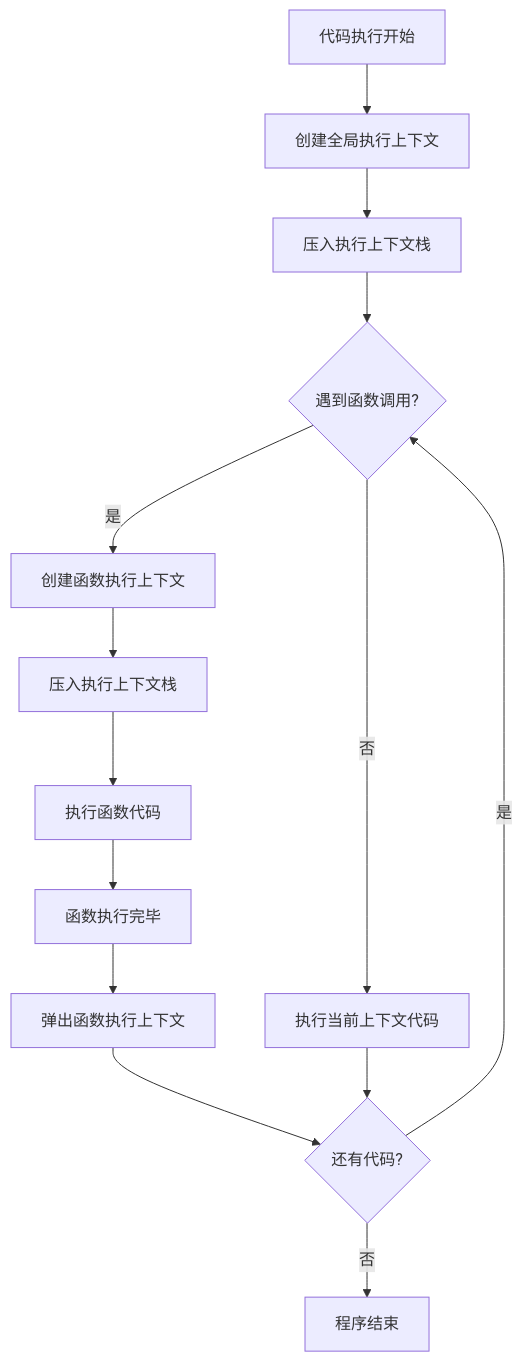
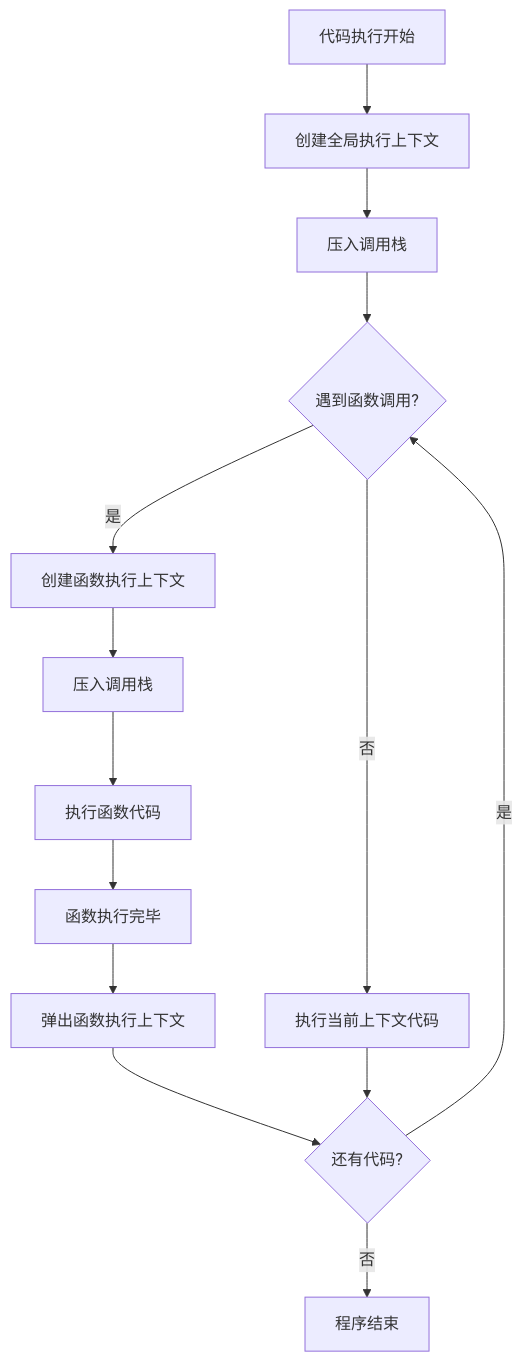
One commit to pedyc/dg.pedyc changed the first of 2 diagrams in content/40-RESOURCES/执行上下文.md. Above: the diagram before and after it, drawn with Mermaid. The commit also changed other lines of this file and 7 other files, not shown here.

````diff
--- a/content/40-RESOURCES/执行上下文.md
+++ b/content/40-RESOURCES/执行上下文.md
@@ -35,16 +35,16 @@
 ```mermaid
 flowchart TD
     A[代码执行开始] --> B[创建全局执行上下文]
-    B --> C[压入执行上下文栈]
+    B --> C[压入调用栈]
     C --> D{遇到函数调用?}
     D -->|是| E[创建函数执行上下文]
-    E --> F[压入执行上下文栈]
+    E --> F[压入调用栈]
     F --> G[执行函数代码]
     G --> H[函数执行完毕]
     H --> I[弹出函数执行上下文]
     I --> J{还有代码?}
     D -->|否| K[执行当前上下文代码]
     K --> J
     J -->|是| D
     J -->|否| L[程序结束]
 ```
````
